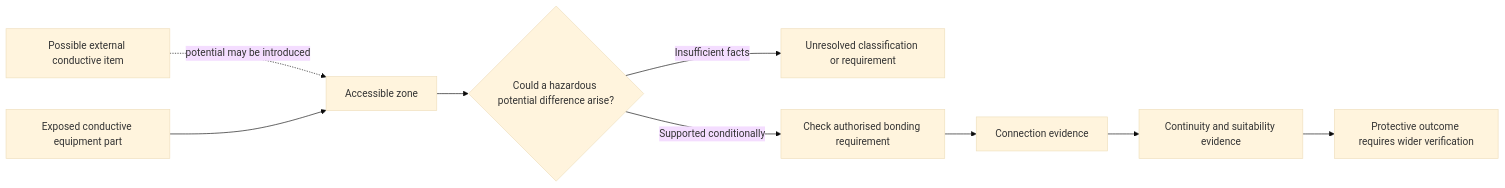
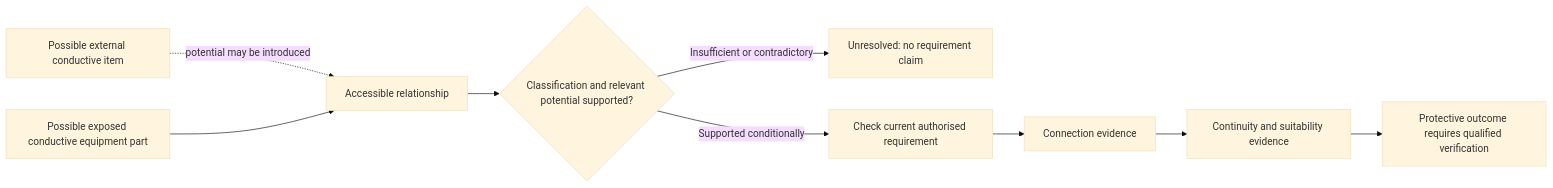
The second of 2 diagrams in docs/learning-plans/12-week/modules/day-17-equipotential-bonding-purpose-and-boundary-reasoning.md (andrew3stedall/capstone), drawn with Mermaid (base theme) before and after one commit. The commit also changed other lines of this file and 3 other files, not shown here.

````diff
--- a/docs/learning-plans/12-week/modules/day-17-equipotential-bonding-purpose-and-boundary-reasoning.md
+++ b/docs/learning-plans/12-week/modules/day-17-equipotential-bonding-purpose-and-boundary-reasoning.md
@@ -132,11 +145,11 @@
 ```mermaid
 flowchart LR
-    P["Possible external conductive item"] -. "potential may be introduced" .-> Z["Accessible zone"]
-    E["Exposed conductive equipment part"] --> Z
-    Z --> Q{"Could a hazardous potential difference arise?"}
-    Q -->|"Insufficient facts"| U["Unresolved classification or requirement"]
-    Q -->|"Supported conditionally"| R["Check authorised bonding requirement"]
+    P["Possible external conductive item"] -. "potential may be introduced" .-> Z["Accessible relationship"]
+    E["Possible exposed conductive equipment part"] --> Z
+    Z --> Q{"Classification and relevant potential supported?"}
+    Q -->|"Insufficient or contradictory"| U["Unresolved: no requirement claim"]
+    Q -->|"Supported conditionally"| R["Check current authorised requirement"]
     R --> C["Connection evidence"]
     C --> T["Continuity and suitability evidence"]
-    T --> O["Protective outcome requires wider verification"]
+    T --> O["Protective outcome requires qualified verification"]
 ```
````
